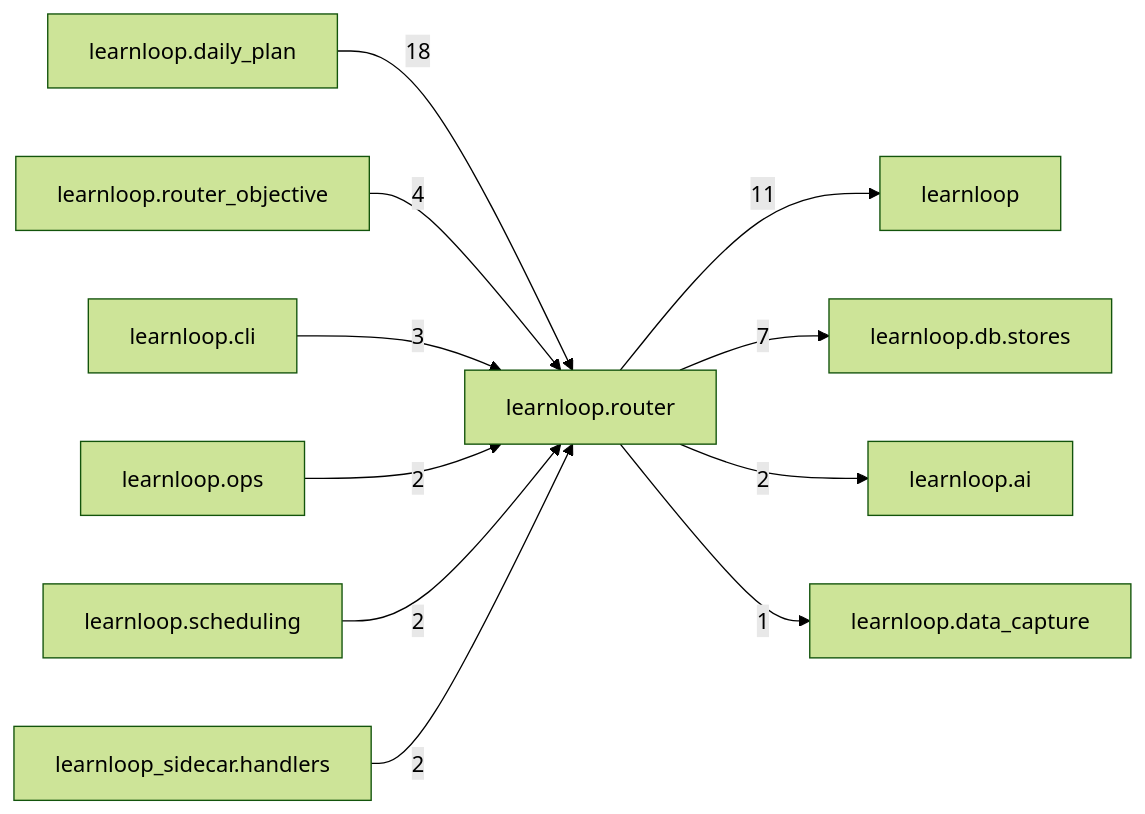
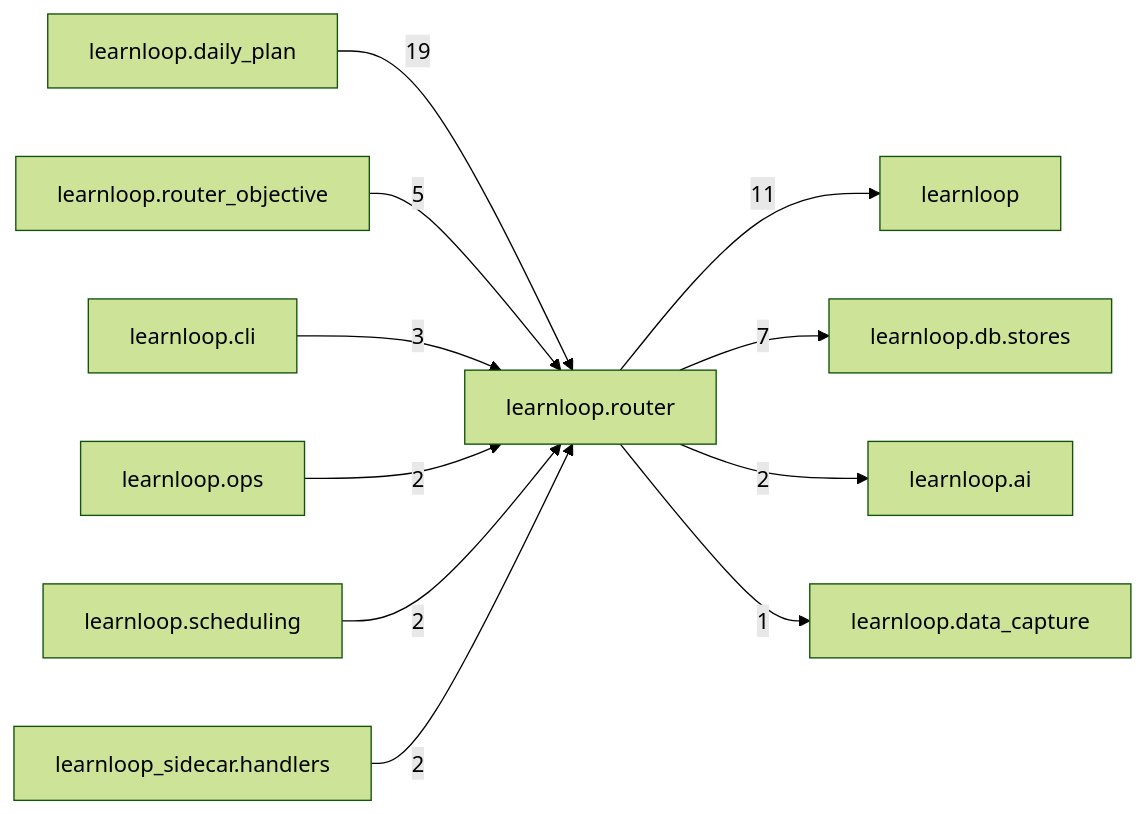
Before and after one commit to 6up-b/learnanything: the diagram in docs/learnloop-architecture-vault/Reference/Modules/learnloop/router/_package.md, drawn with Mermaid (forest theme). The commit also changed other lines of this file and 162 other files, not shown here.

````diff
--- a/docs/learnloop-architecture-vault/Reference/Modules/learnloop/router/_package.md
+++ b/docs/learnloop-architecture-vault/Reference/Modules/learnloop/router/_package.md
@@ -97,24 +97,24 @@
 ```mermaid
 flowchart LR
     center["learnloop.router"]
     n_learnloop_daily_plan["learnloop.daily_plan"]
     n_learnloop["learnloop"]
     n_learnloop_db_stores["learnloop.db.stores"]
     n_learnloop_router_objective["learnloop.router_objective"]
     n_learnloop_cli["learnloop.cli"]
     n_learnloop_ai["learnloop.ai"]
     n_learnloop_ops["learnloop.ops"]
     n_learnloop_scheduling["learnloop.scheduling"]
     n_learnloop_sidecar_handlers["learnloop_sidecar.handlers"]
     n_learnloop_data_capture["learnloop.data_capture"]
-    n_learnloop_daily_plan -->|18| center
+    n_learnloop_daily_plan -->|19| center
     center -->|11| n_learnloop
     center -->|7| n_learnloop_db_stores
-    n_learnloop_router_objective -->|4| center
+    n_learnloop_router_objective -->|5| center
     n_learnloop_cli -->|3| center
     center -->|2| n_learnloop_ai
     n_learnloop_ops -->|2| center
     n_learnloop_scheduling -->|2| center
     n_learnloop_sidecar_handlers -->|2| center
     center -->|1| n_learnloop_data_capture
 ```
````
